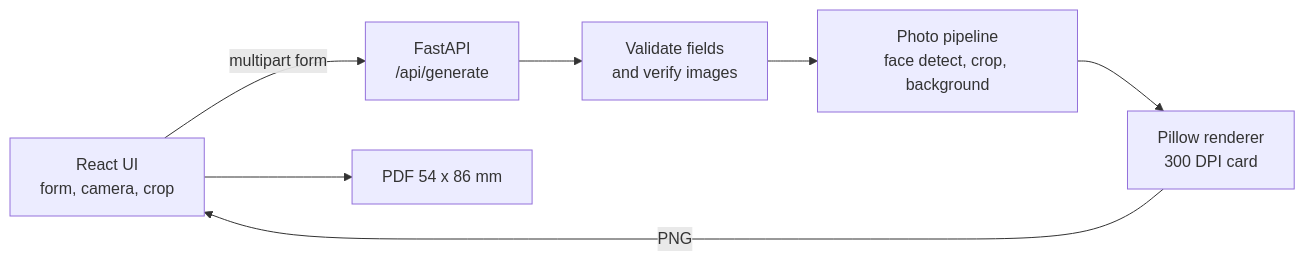
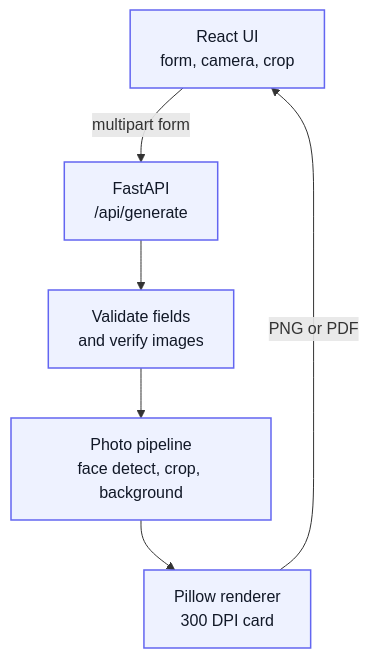
The diagram in README.md (jiyanshuj/Kardivo), drawn with Mermaid before and after one commit. The commit also changed other lines of this file, not shown here.

Commit message:
Update screenshots and flowchart in README

````diff
--- a/README.md
+++ b/README.md
@@ -57,9 +59,11 @@
 ```mermaid
-flowchart LR
-    A[React UI<br/>form, camera, crop] -- multipart form --> B[FastAPI<br/>/api/generate]
-    B --> C[Validate fields<br/>and verify images]
-    C --> D[Photo pipeline<br/>face detect, crop, background]
-    D --> E[Pillow renderer<br/>300 DPI card]
-    E -- PNG --> A
-    A --> F[PDF 54 x 86 mm]
+flowchart TB
+    A["React UI<br/>form, camera, crop"] -->|multipart form| B["FastAPI<br/>/api/generate"]
+    B --> C["Validate fields<br/>and verify images"]
+    C --> D["Photo pipeline<br/>face detect, crop, background"]
+    D --> E["Pillow renderer<br/>300 DPI card"]
+    E -->|PNG or PDF| A
+
+    classDef box fill:#eef2ff,stroke:#6366f1,stroke-width:1.5px,color:#111827
+    class A,B,C,D,E box
 ```
````
